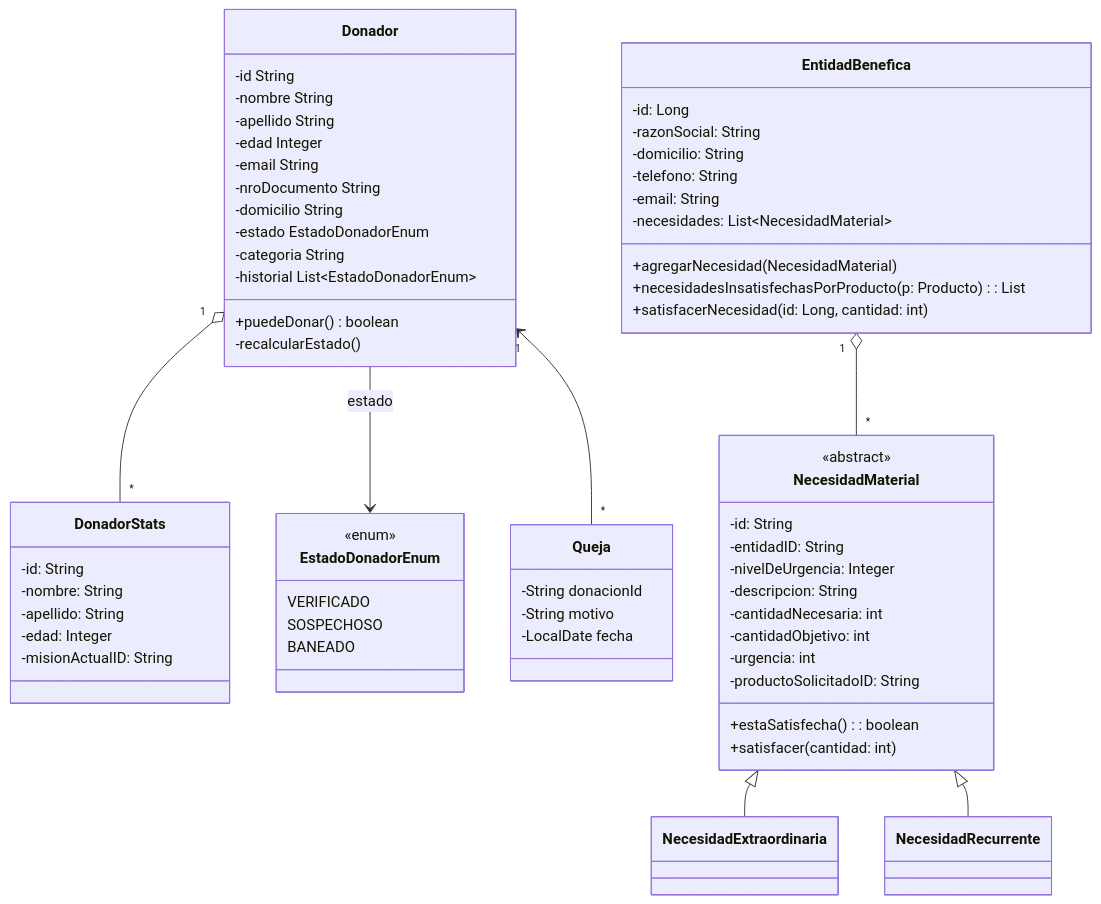
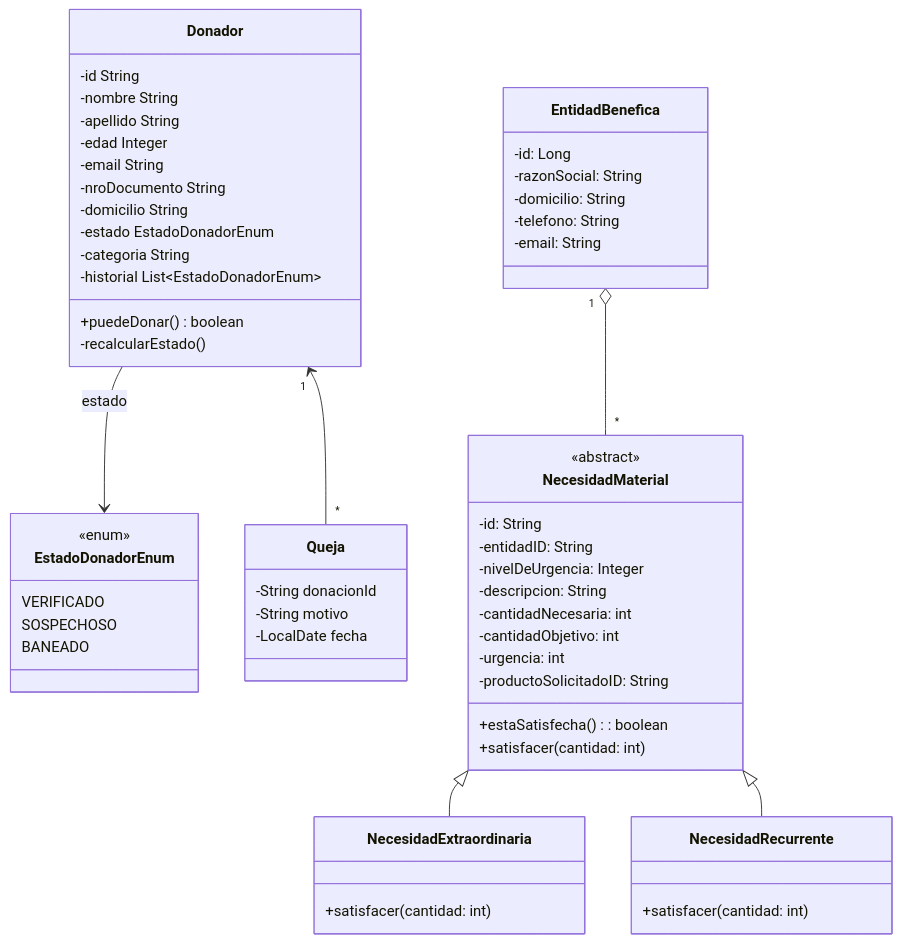
Before and after one commit to 2026-ddsi-tpa-los-Peluches/DonadoresYEntidades: the diagram in docs/clases.md, drawn with Mermaid. The commit also changed 7 other files, not shown here.

Commit message:
Actualizo diagrama de clases, agrego ExcepcionHandler

`````diff
--- a/docs/clases.md
+++ b/docs/clases.md
@@ -1,77 +1,69 @@
 ````mermaid
 classDiagram  
 	class Donador {  
 	-id String  
 	-nombre String   
 	-apellido String   
 	-edad Integer   
 	-email String   
 	-nroDocumento String   
 	-domicilio String   
 	-estado EstadoDonadorEnum   
 	-categoria String 
 	-historial List~EstadoDonadorEnum~ 
 	+puedeDonar() boolean  
 	-recalcularEstado()  
 	}  
 	
-	class DonadorStats {
-	-id: String
-	-nombre: String
-	-apellido: String
-	-edad: Integer
-	-misionActualID: String
-	}
 	  
 	class EstadoDonadorEnum {  
 	<<enum>>  
 	VERIFICADO  
 	SOSPECHOSO  
 	BANEADO  
 	}  
 	  
 	class Queja {  
 	-String donacionId  
 	-String motivo  
 	-LocalDate fecha  
 	}  
 	  
 	Donador --> EstadoDonadorEnum : estado  
     Donador "1" <-- "*" Queja
 	class EntidadBenefica {
 	  -id: Long
 	  -razonSocial: String
 	  -domicilio: String
 	  -telefono: String
 	  -email: String
-	  -necesidades: List~NecesidadMaterial~
-	  +agregarNecesidad(NecesidadMaterial)
-	  +necesidadesInsatisfechasPorProducto(p: Producto): List<NecesidadMaterial>
-	  +satisfacerNecesidad(id: Long, cantidad: int)
+	  
 	}
 	
 	class NecesidadMaterial {
 	  <<abstract>>
 	  -id: String
 	  -entidadID: String
 	  -nivelDeUrgencia: Integer
 	  -descripcion: String
 	  -cantidadNecesaria: int
 	  -cantidadObjetivo: int
 	  -urgencia: int
 	  -productoSolicitadoID: String
 	  +estaSatisfecha(): boolean
 	  +satisfacer(cantidad: int)
 	}
 	
-	class NecesidadExtraordinaria
+	class NecesidadExtraordinaria {
+	  +satisfacer(cantidad: int)
+	}
 	
-	class NecesidadRecurrente
-	
-	Donador "1" o-- "*" DonadorStats
+	class NecesidadRecurrente{
+	  +satisfacer(cantidad: int)
+	}
 	NecesidadMaterial <|-- NecesidadExtraordinaria
 	NecesidadMaterial <|-- NecesidadRecurrente
 	EntidadBenefica "1" o-- "*" NecesidadMaterial
 	
 
 ````
`````
